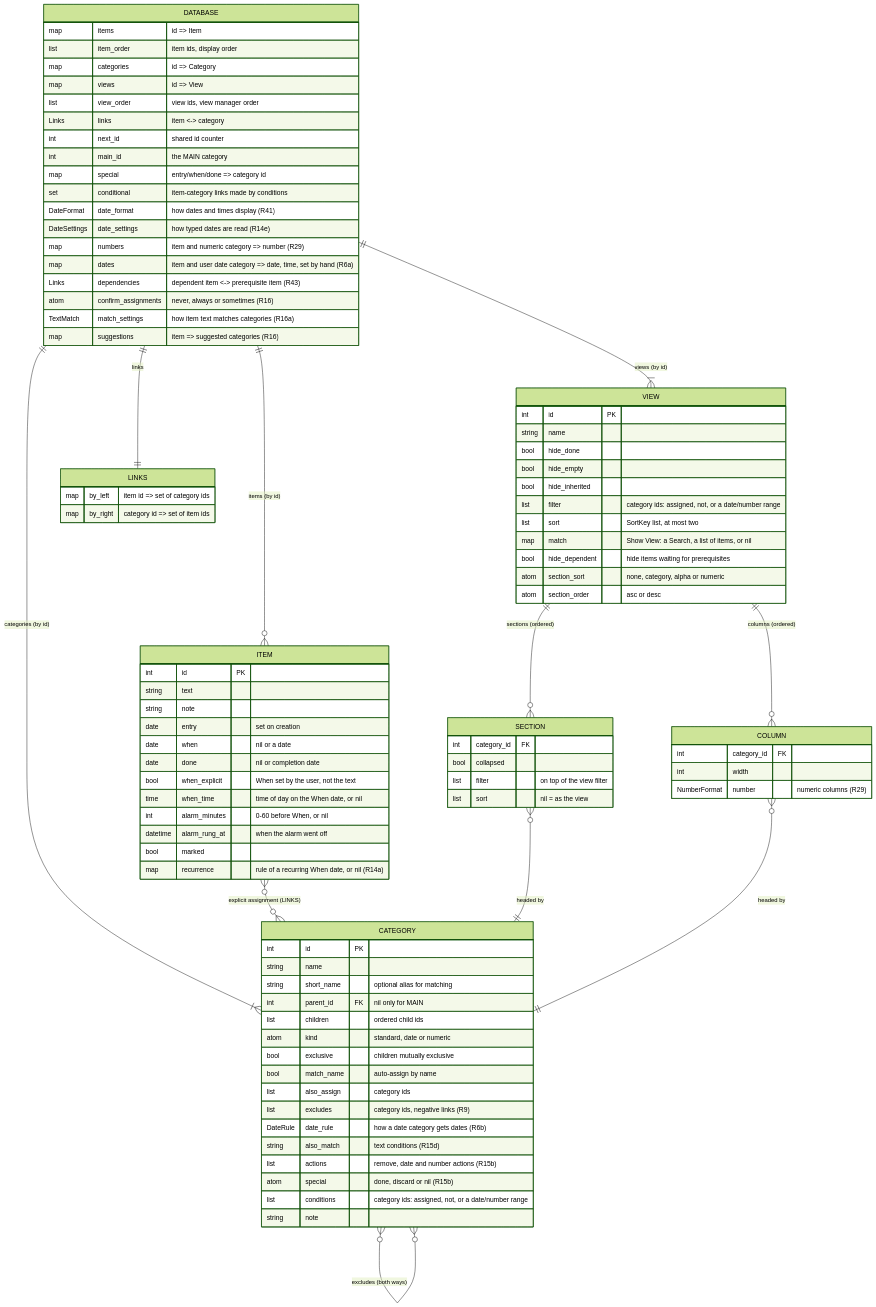
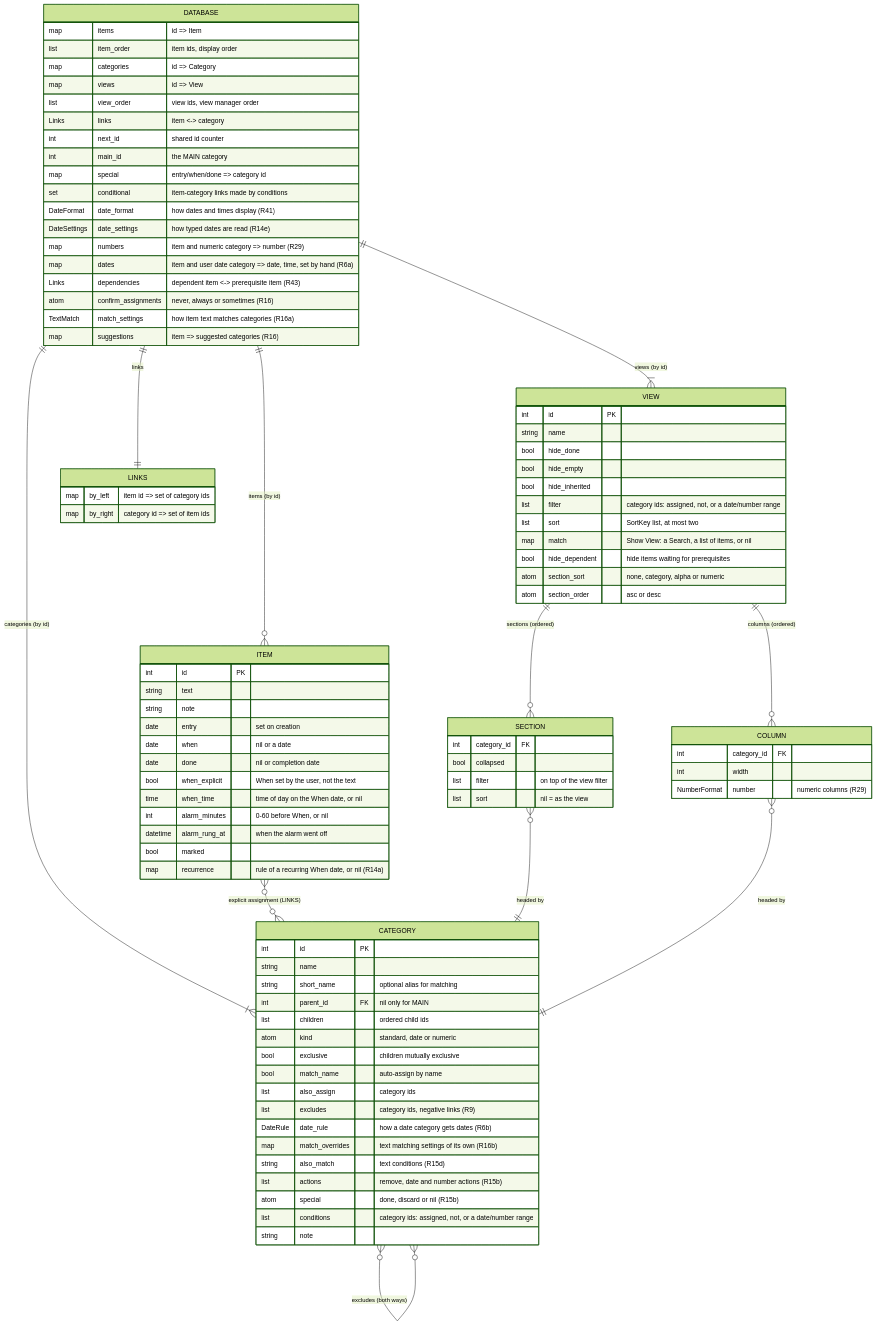
The first of 6 diagrams in docs/DATA_MODEL.md (jamting/agendum), drawn with Mermaid (forest theme) before and after one commit. The commit also changed other lines of this file and 14 other files, not shown here.

First line of the commit message:
Let categories set their own text matching

```diff
--- a/docs/DATA_MODEL.md
+++ b/docs/DATA_MODEL.md
@@ -70,6 +70,7 @@
         list also_assign "category ids"
         list excludes "category ids, negative links (R9)"
         DateRule date_rule "how a date category gets dates (R6b)"
+        map match_overrides "text matching settings of its own (R16b)"
         string also_match "text conditions (R15d)"
         list actions "remove, date and number actions (R15b)"
         atom special "done, discard or nil (R15b)"
```
